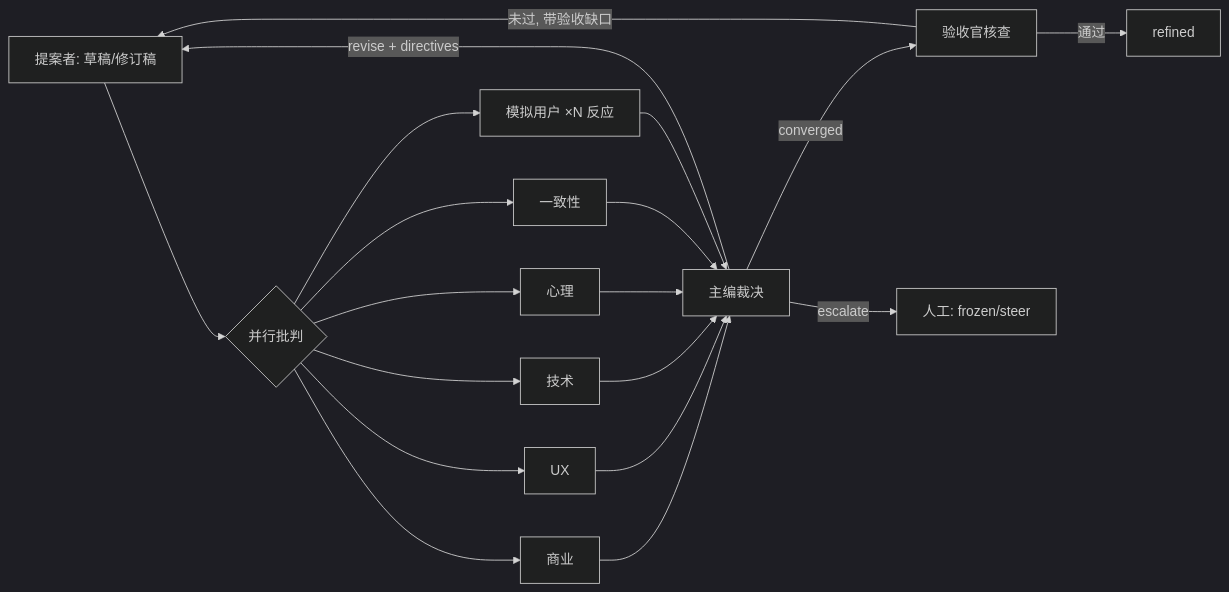
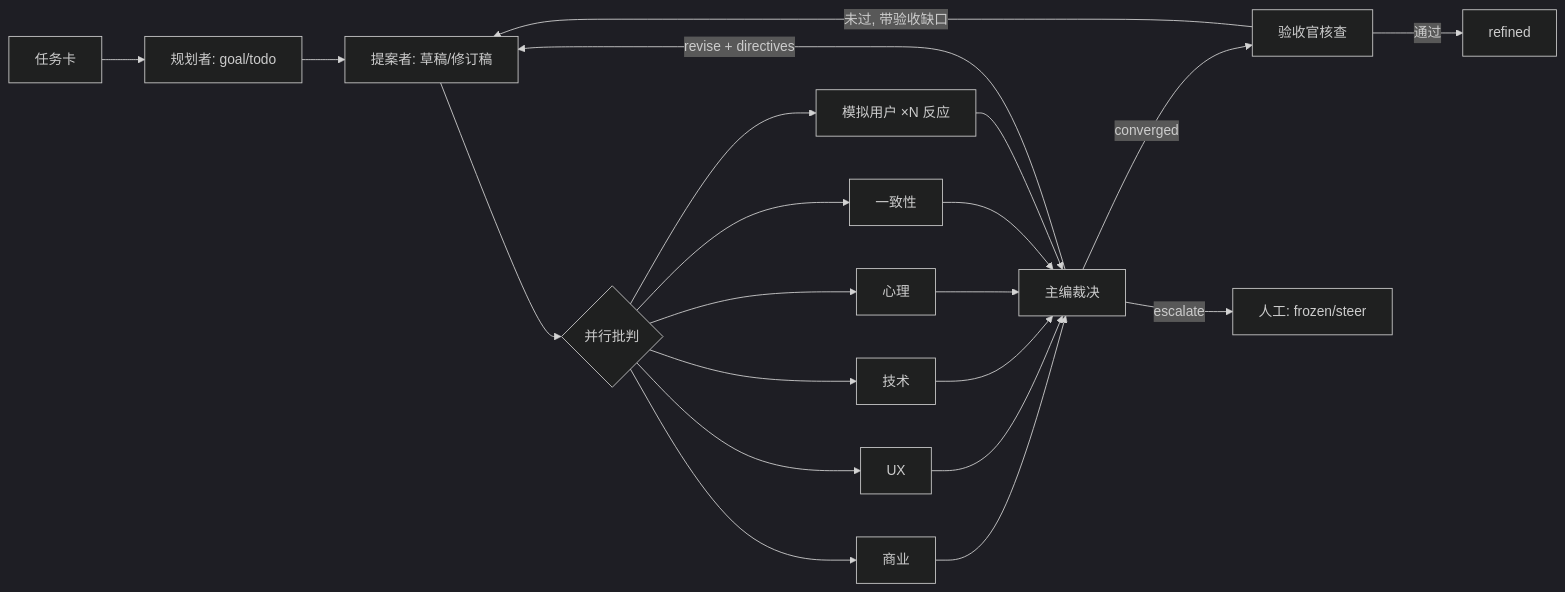
The diagram in docs/framework/02-roles-and-iteration.md (lmlala/game-studio), drawn with Mermaid (dark theme) before and after one commit. The commit also changed other lines of this file and 9 other files, not shown here.

````diff
--- a/docs/framework/02-roles-and-iteration.md
+++ b/docs/framework/02-roles-and-iteration.md
@@ -111,12 +126,14 @@
 ```mermaid
 flowchart LR
-    P[提案者: 草稿/修订稿] --> C{并行批判}
+    T[任务卡] --> PL[规划者: goal/todo]
+    PL --> P[提案者: 草稿/修订稿]
+    P --> C{并行批判}
     C --> C1[商业] & C2[UX] & C3[技术] & C4[心理] & C5[一致性]
     C --> U[模拟用户 ×N 反应]
     C1 & C2 & C3 & C4 & C5 & U --> R[主编裁决]
     R -->|revise + directives| P
     R -->|converged| I[验收官核查]
     R -->|escalate| H[人工: frozen/steer]
     I -->|通过| Done[refined]
     I -->|未过, 带验收缺口| P
 ```
````
